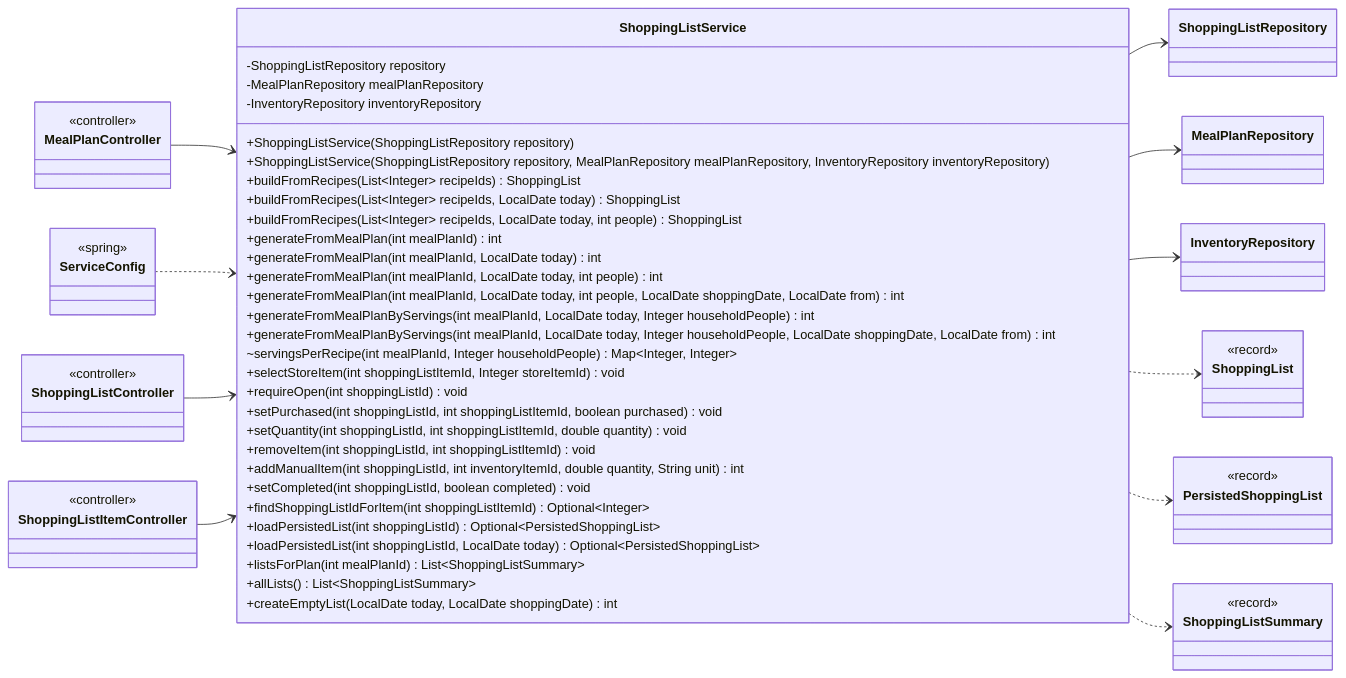
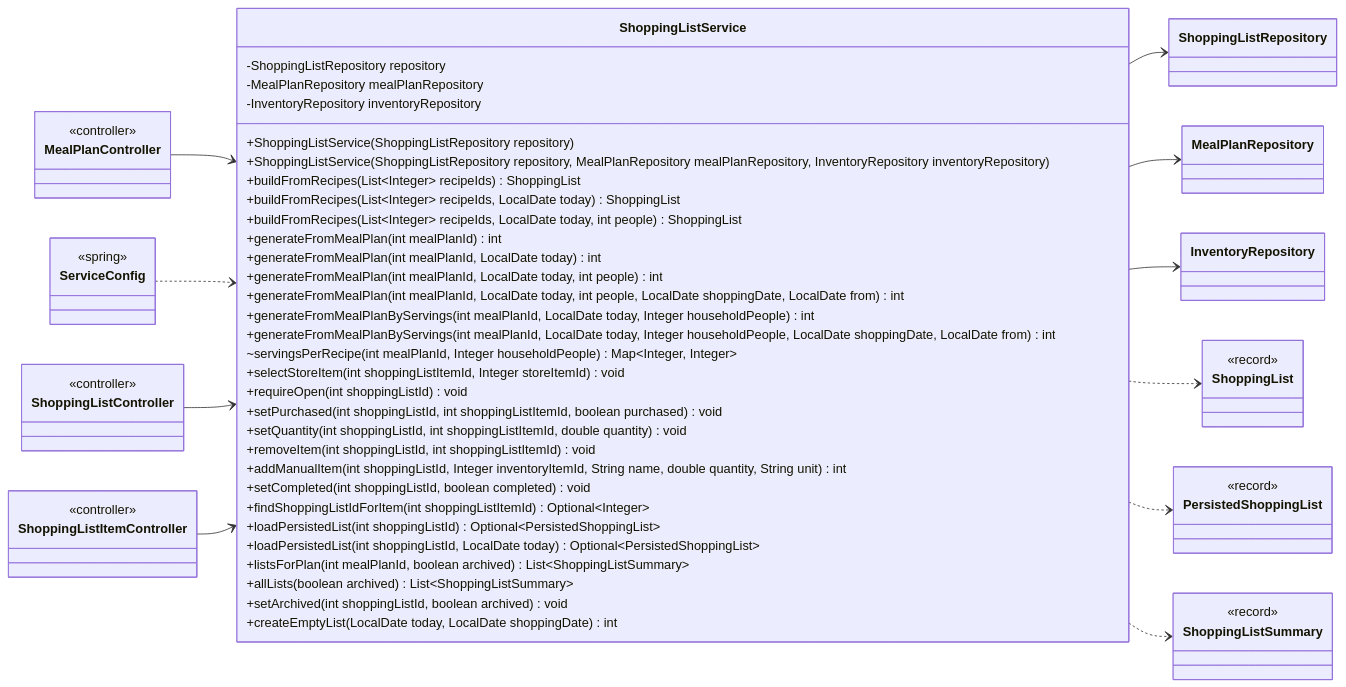
Before and after one commit to Nate-ryan-7690/dahaem: diagram 11 of 16 in docs/classes/shopping.md, drawn with Mermaid. The commit also changed other lines of this file and 4 other files, not shown here.

````diff
--- a/docs/classes/shopping.md
+++ b/docs/classes/shopping.md
@@ -531,68 +537,69 @@
 ```mermaid
 classDiagram
     direction LR
     class shopping_ShoppingListService["ShoppingListService"] {
         -ShoppingListRepository repository
         -MealPlanRepository mealPlanRepository
         -InventoryRepository inventoryRepository
         +ShoppingListService(ShoppingListRepository repository)
         +ShoppingListService(ShoppingListRepository repository, MealPlanRepository mealPlanRepository, InventoryRepository inventoryRepository)
         +buildFromRecipes(List~Integer~ recipeIds) ShoppingList
         +buildFromRecipes(List~Integer~ recipeIds, LocalDate today) ShoppingList
         +buildFromRecipes(List~Integer~ recipeIds, LocalDate today, int people) ShoppingList
         +generateFromMealPlan(int mealPlanId) int
         +generateFromMealPlan(int mealPlanId, LocalDate today) int
         +generateFromMealPlan(int mealPlanId, LocalDate today, int people) int
         +generateFromMealPlan(int mealPlanId, LocalDate today, int people, LocalDate shoppingDate, LocalDate from) int
         +generateFromMealPlanByServings(int mealPlanId, LocalDate today, Integer householdPeople) int
         +generateFromMealPlanByServings(int mealPlanId, LocalDate today, Integer householdPeople, LocalDate shoppingDate, LocalDate from) int
         ~servingsPerRecipe(int mealPlanId, Integer householdPeople) Map~Integer, Integer~
         +selectStoreItem(int shoppingListItemId, Integer storeItemId) void
         +requireOpen(int shoppingListId) void
         +setPurchased(int shoppingListId, int shoppingListItemId, boolean purchased) void
         +setQuantity(int shoppingListId, int shoppingListItemId, double quantity) void
         +removeItem(int shoppingListId, int shoppingListItemId) void
-        +addManualItem(int shoppingListId, int inventoryItemId, double quantity, String unit) int
+        +addManualItem(int shoppingListId, Integer inventoryItemId, String name, double quantity, String unit) int
         +setCompleted(int shoppingListId, boolean completed) void
         +findShoppingListIdForItem(int shoppingListItemId) Optional~Integer~
         +loadPersistedList(int shoppingListId) Optional~PersistedShoppingList~
         +loadPersistedList(int shoppingListId, LocalDate today) Optional~PersistedShoppingList~
-        +listsForPlan(int mealPlanId) List~ShoppingListSummary~
-        +allLists() List~ShoppingListSummary~
+        +listsForPlan(int mealPlanId, boolean archived) List~ShoppingListSummary~
+        +allLists(boolean archived) List~ShoppingListSummary~
+        +setArchived(int shoppingListId, boolean archived) void
         +createEmptyList(LocalDate today, LocalDate shoppingDate) int
     }
     class shopping_ShoppingListRepository["ShoppingListRepository"]
     class mealplanner_MealPlanRepository["MealPlanRepository"]
     class inventory_InventoryRepository["InventoryRepository"]
     class api_MealPlanController["MealPlanController"] {
         <<controller>>
     }
     class api_ShoppingListController["ShoppingListController"] {
         <<controller>>
     }
     class api_ShoppingListItemController["ShoppingListItemController"] {
         <<controller>>
     }
     class shopping_ShoppingList["ShoppingList"] {
         <<record>>
     }
     class shopping_PersistedShoppingList["PersistedShoppingList"] {
         <<record>>
     }
     class shopping_ShoppingListSummary["ShoppingListSummary"] {
         <<record>>
     }
     class api_ServiceConfig["ServiceConfig"] {
         <<spring>>
     }
     shopping_ShoppingListService --> shopping_ShoppingListRepository
     shopping_ShoppingListService --> mealplanner_MealPlanRepository
     shopping_ShoppingListService --> inventory_InventoryRepository
     shopping_ShoppingListService ..> shopping_ShoppingList
     shopping_ShoppingListService ..> shopping_PersistedShoppingList
     shopping_ShoppingListService ..> shopping_ShoppingListSummary
     api_MealPlanController --> shopping_ShoppingListService
     api_ServiceConfig ..> shopping_ShoppingListService
     api_ShoppingListController --> shopping_ShoppingListService
     api_ShoppingListItemController --> shopping_ShoppingListService
 ```
````
